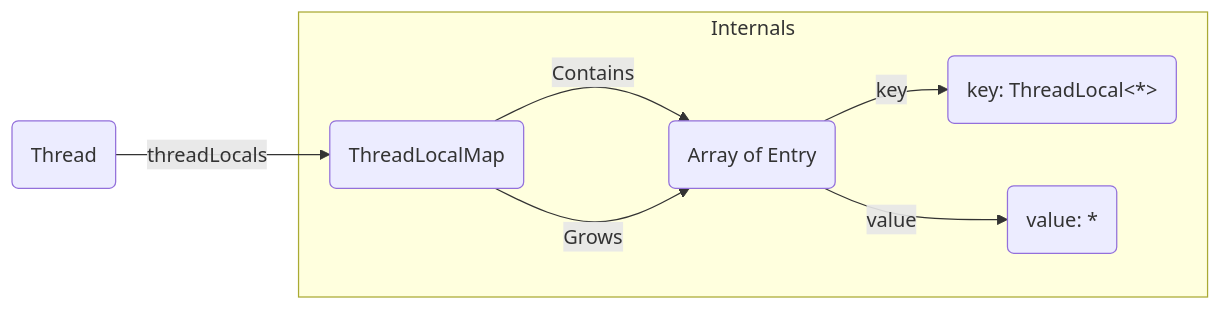
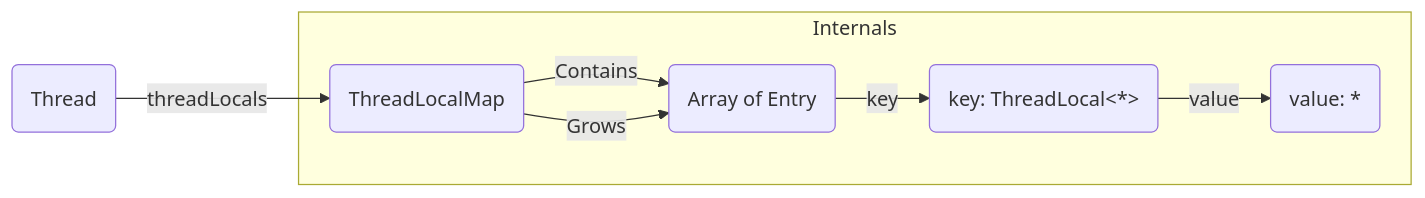
The first of 3 diagrams in content/post/java/scoped-values.md (realjenius/realjenius.com), drawn with Mermaid before and after one commit. The commit also changed other lines of this file, not shown here.

```diff
--- a/content/post/java/scoped-values.md
+++ b/content/post/java/scoped-values.md
@@ -35,14 +35,14 @@
 {{< mermaid >}}
 graph LR
 A(Thread) -- threadLocals --> B(ThreadLocalMap) 
 B -- Contains --> C(Array of Entry)
 B -- Grows --> C
 C --key --> D(key: ThreadLocal<*>)
-C -- value --> E(value: *)
+D -- value --> E(value: *)
 subgraph Internals
 B
 C
 D
 E
 end
 {{< /mermaid >}}
```
